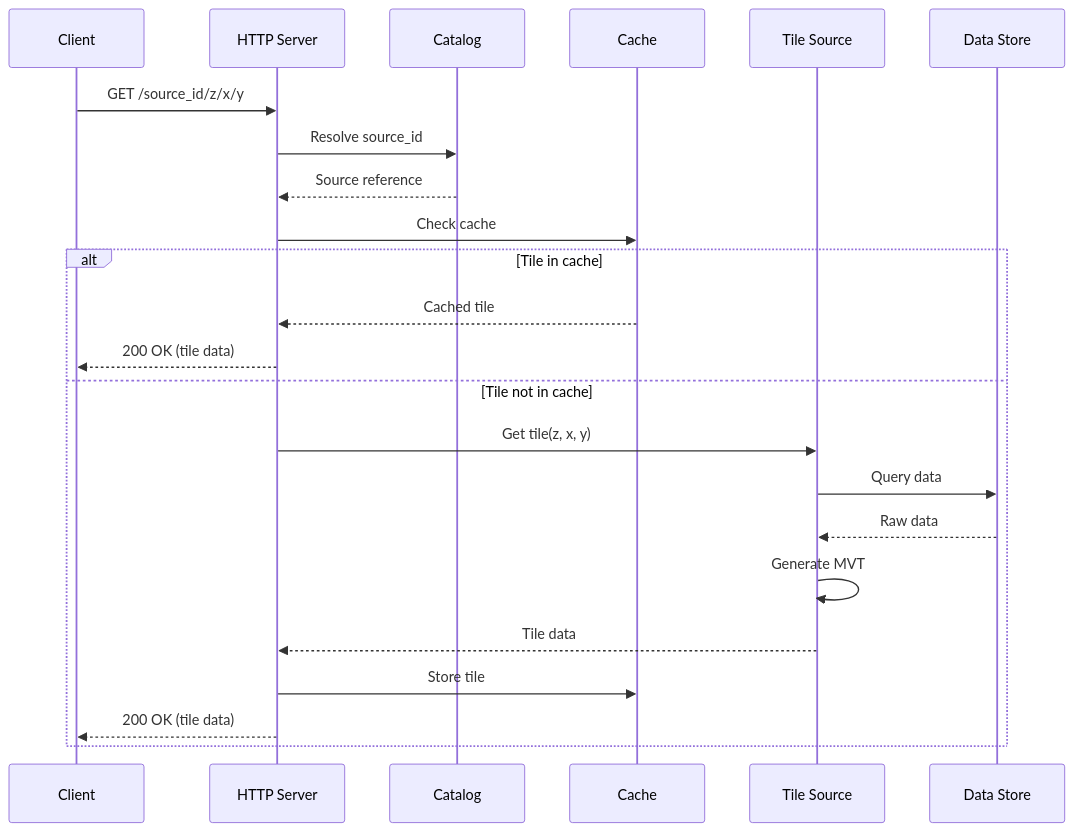
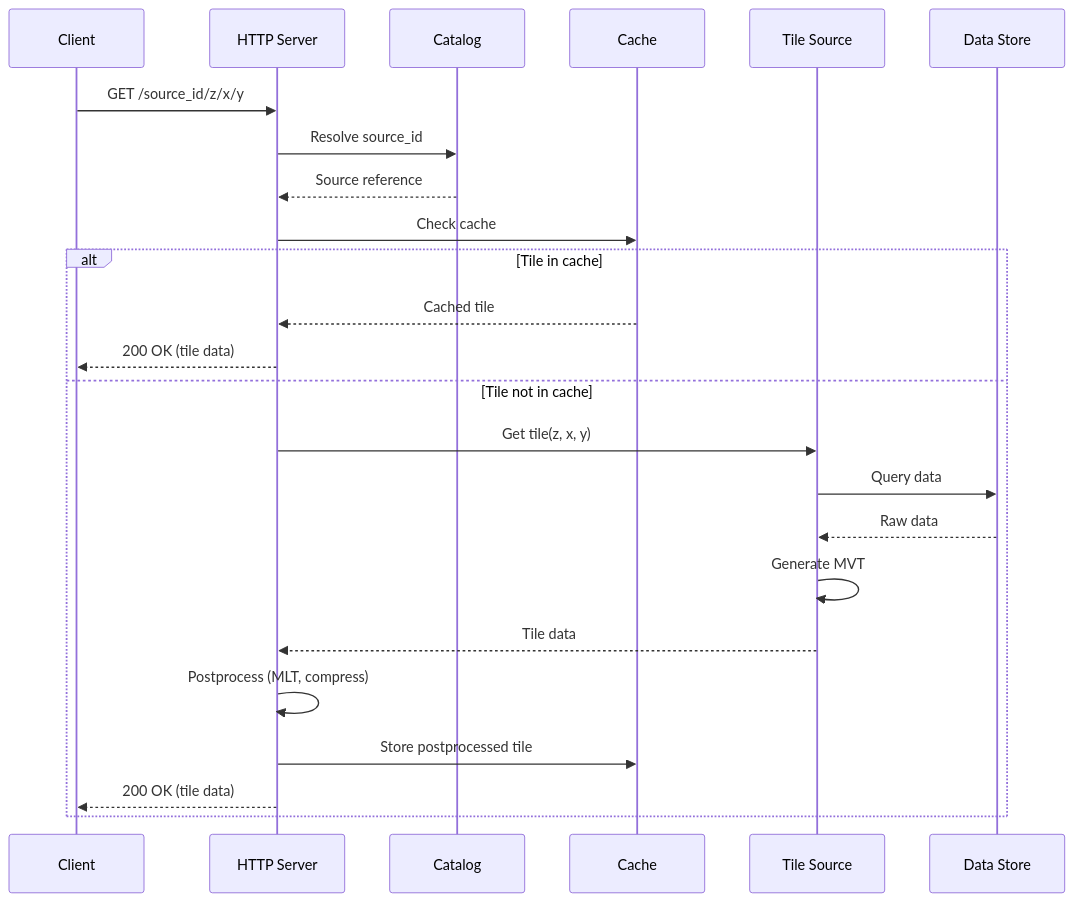
Before and after one commit to maplibre/martin: the second of 6 diagrams in docs/content/architecture.md, drawn with Mermaid. The commit also changed 50 other files, not shown here.

Commit message:
feat: add tile post-processing pipeline (MVT-to-MLT conversion)

````diff
--- a/docs/content/architecture.md
+++ b/docs/content/architecture.md
@@ -155,27 +155,28 @@
     ```mermaid
     sequenceDiagram
         participant Client
         participant Server as HTTP Server
         participant Catalog
         participant Cache
         participant Source as Tile Source
         participant DB as Data Store
 
         Client->>Server: GET /source_id/z/x/y
         Server->>Catalog: Resolve source_id
         Catalog-->>Server: Source reference
         Server->>Cache: Check cache
 
         alt Tile in cache
             Cache-->>Server: Cached tile
             Server-->>Client: 200 OK (tile data)
         else Tile not in cache
             Server->>Source: Get tile(z, x, y)
             Source->>DB: Query data
             DB-->>Source: Raw data
             Source->>Source: Generate MVT
             Source-->>Server: Tile data
-            Server->>Cache: Store tile
+            Server->>Server: Postprocess (MLT, compress)
+            Server->>Cache: Store postprocessed tile
             Server-->>Client: 200 OK (tile data)
         end
     ```
````
